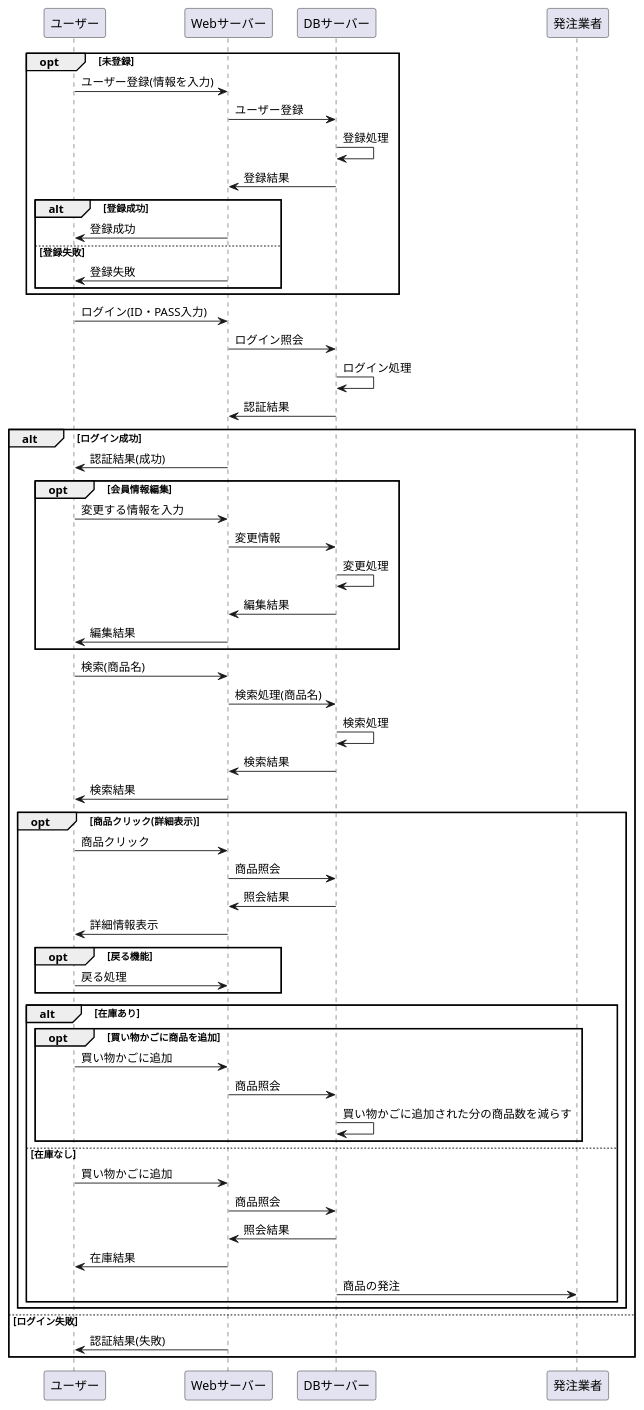
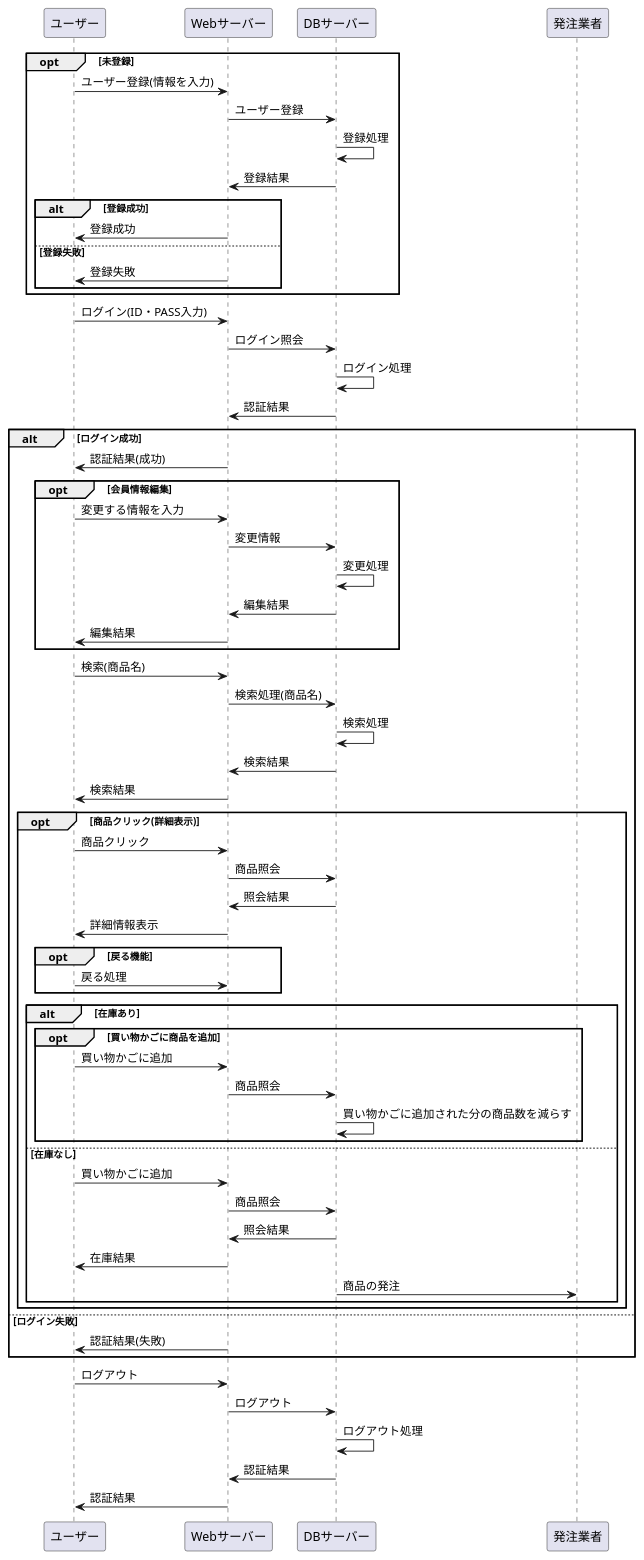
Before and after one commit to aso2001153/team: the diagram in 業務フロー.md, drawn with PlantUML.

```diff
--- a/業務フロー.md
+++ b/業務フロー.md
@@ -1,62 +1,68 @@
 @startuml
 opt 未登録
 ユーザー -> Webサーバー : ユーザー登録(情報を入力)
 Webサーバー -> DBサーバー : ユーザー登録
 DBサーバー -> DBサーバー : 登録処理
 DBサーバー -> Webサーバー : 登録結果
 
 alt 登録成功
 Webサーバー -> ユーザー : 登録成功
 else 登録失敗
 Webサーバー -> ユーザー : 登録失敗
 end
 end
 
 ユーザー -> Webサーバー : ログイン(ID・PASS入力)
 Webサーバー -> DBサーバー : ログイン照会
 DBサーバー -> DBサーバー : ログイン処理
 DBサーバー -> Webサーバー : 認証結果
 
 alt ログイン成功
 Webサーバー -> ユーザー : 認証結果(成功)
 
 opt 会員情報編集
 ユーザー -> Webサーバー : 変更する情報を入力
 Webサーバー -> DBサーバー :変更情報
 DBサーバー -> DBサーバー : 変更処理
 DBサーバー -> Webサーバー : 編集結果
 Webサーバー -> ユーザー : 編集結果
 end
 
 ユーザー -> Webサーバー : 検索(商品名)
 Webサーバー -> DBサーバー : 検索処理(商品名)
 DBサーバー -> DBサーバー : 検索処理
 DBサーバー -> Webサーバー : 検索結果
 Webサーバー -> ユーザー : 検索結果
 
 opt 商品クリック(詳細表示)
 ユーザー -> Webサーバー : 商品クリック
 Webサーバー -> DBサーバー : 商品照会
 DBサーバー -> Webサーバー : 照会結果
 Webサーバー -> ユーザー : 詳細情報表示
 opt 戻る機能
 ユーザー -> Webサーバー : 戻る処理
 end
 alt 在庫あり
 opt 買い物かごに商品を追加
 ユーザー -> Webサーバー : 買い物かごに追加
 Webサーバー -> DBサーバー : 商品照会
 DBサーバー -> DBサーバー : 買い物かごに追加された分の商品数を減らす
 end
 else 在庫なし
 ユーザー -> Webサーバー : 買い物かごに追加
 Webサーバー -> DBサーバー : 商品照会
 DBサーバー -> Webサーバー : 照会結果
 Webサーバー -> ユーザー : 在庫結果
 DBサーバー -> 発注業者 : 商品の発注
 end
 end
 else ログイン失敗
+
 Webサーバー -> ユーザー : 認証結果(失敗)
 end
+ユーザー -> Webサーバー : ログアウト
+Webサーバー -> DBサーバー : ログアウト
+DBサーバー -> DBサーバー : ログアウト処理
+DBサーバー -> Webサーバー : 認証結果
+Webサーバー -> ユーザー : 認証結果
 @enduml
```
